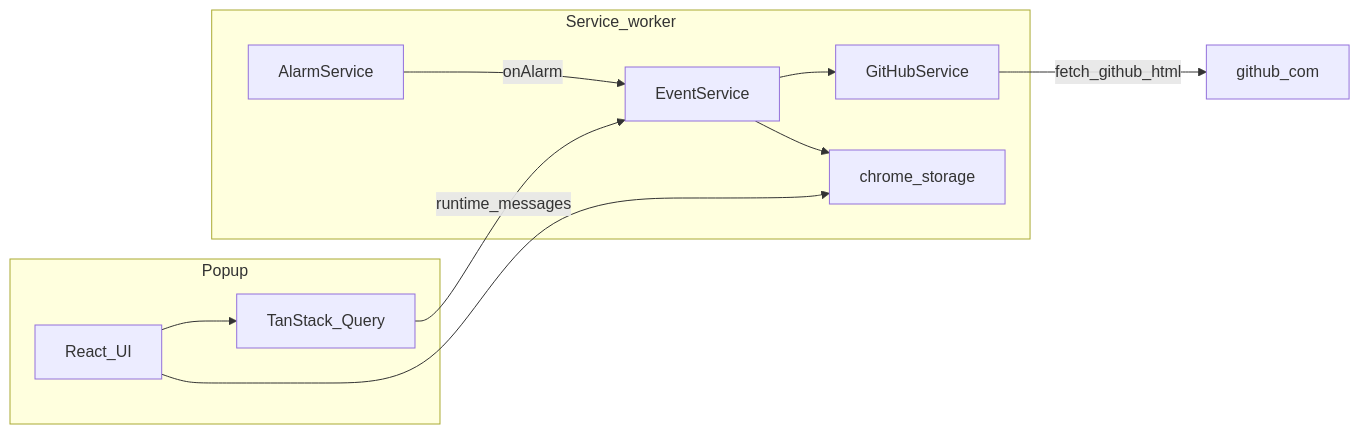
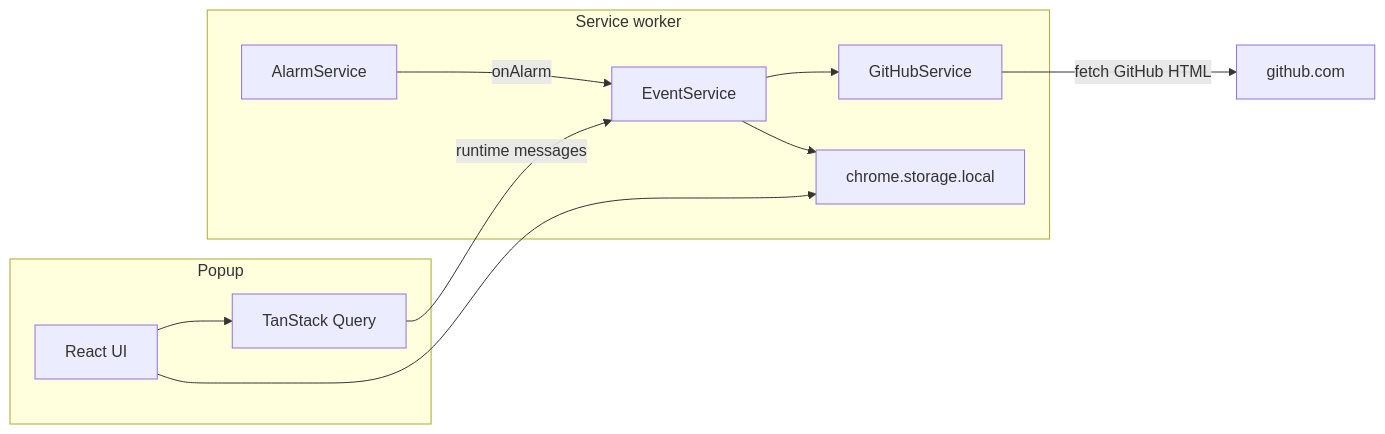
The diagram in README.md (dragosdev-code/pullwatch), drawn with Mermaid before and after one commit. The commit also changed other lines of this file and 1 other file, not shown here.

First line of the commit message:
feat(architecture): add detailed architecture documentation for Pullwatch

````diff
--- a/README.md
+++ b/README.md
@@ -45,20 +53,20 @@
 ```mermaid
 flowchart LR
   subgraph ui [Popup]
-    React[React_UI]
-    RQ[TanStack_Query]
+    React[React UI]
+    RQ[TanStack Query]
   end
-  subgraph bg [Service_worker]
+  subgraph bg [Service worker]
     Alarm[AlarmService]
     Events[EventService]
     GH[GitHubService]
-    Store[chrome_storage]
+    Store[chrome.storage.local]
   end
   React --> RQ
-  RQ -->|runtime_messages| Events
+  RQ -->|runtime messages| Events
   Alarm -->|onAlarm| Events
   Events --> GH
-  GH -->|fetch_github_html| GitHub[github_com]
+  GH -->|fetch GitHub HTML| GitHub[github.com]
   Events --> Store
   React --> Store
 ```
````
